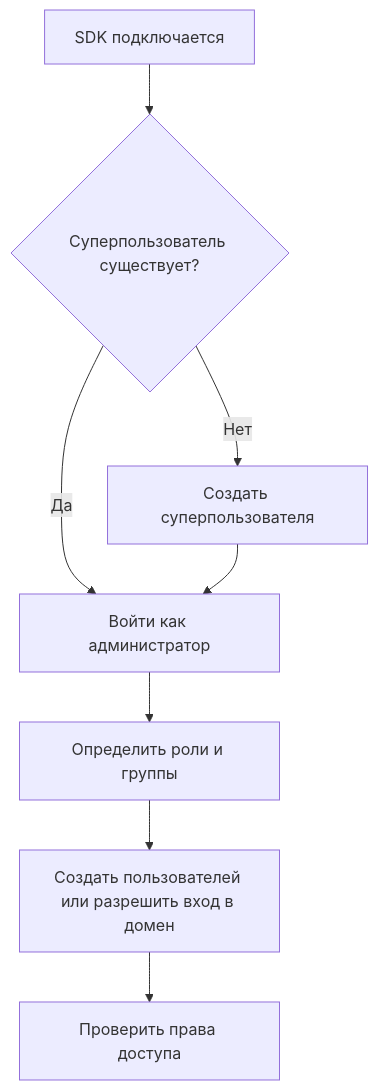
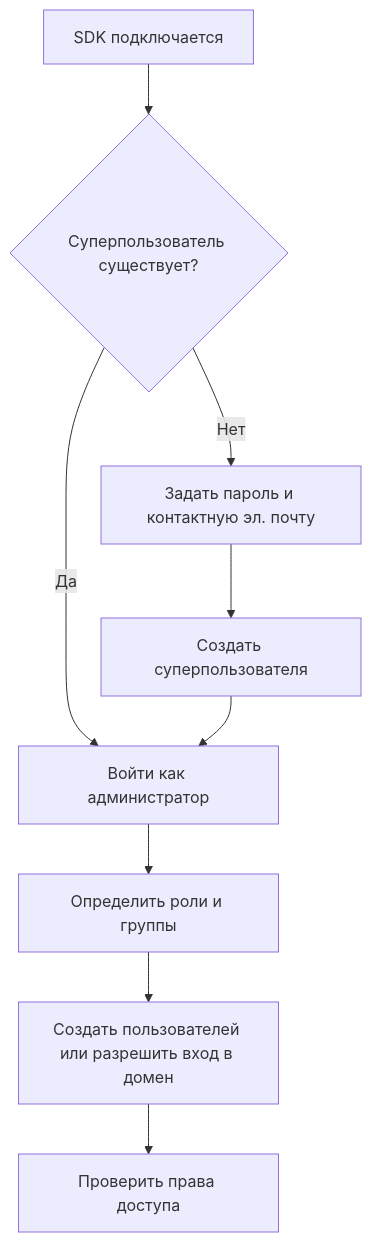
One commit to ImagingTools/Puma changed the seventh of 19 diagrams in Docs/Benutzerhandbuch/Benutzerhandbuch_RU.md. Above: the diagram before and after it, drawn with Mermaid. The commit also changed other lines of this file and 2 other files, not shown here.

````diff
--- a/Docs/Benutzerhandbuch/Benutzerhandbuch_RU.md
+++ b/Docs/Benutzerhandbuch/Benutzerhandbuch_RU.md
@@ -163,10 +224,11 @@
 ```mermaid
 flowchart TD
     A[SDK подключается] --> B{Суперпользователь существует?}
-    B -->|Нет| C[Создать суперпользователя]
+    B -->|Нет| C[Задать пароль и контактную эл. почту]
+    C --> H[Создать суперпользователя]
     B -->|Да| D[Войти как администратор]
-    C --> D
+    H --> D
     D --> E[Определить роли и группы]
     E --> F[Создать пользователей или разрешить вход в домен]
     F --> G[Проверить права доступа]
 ```
````
